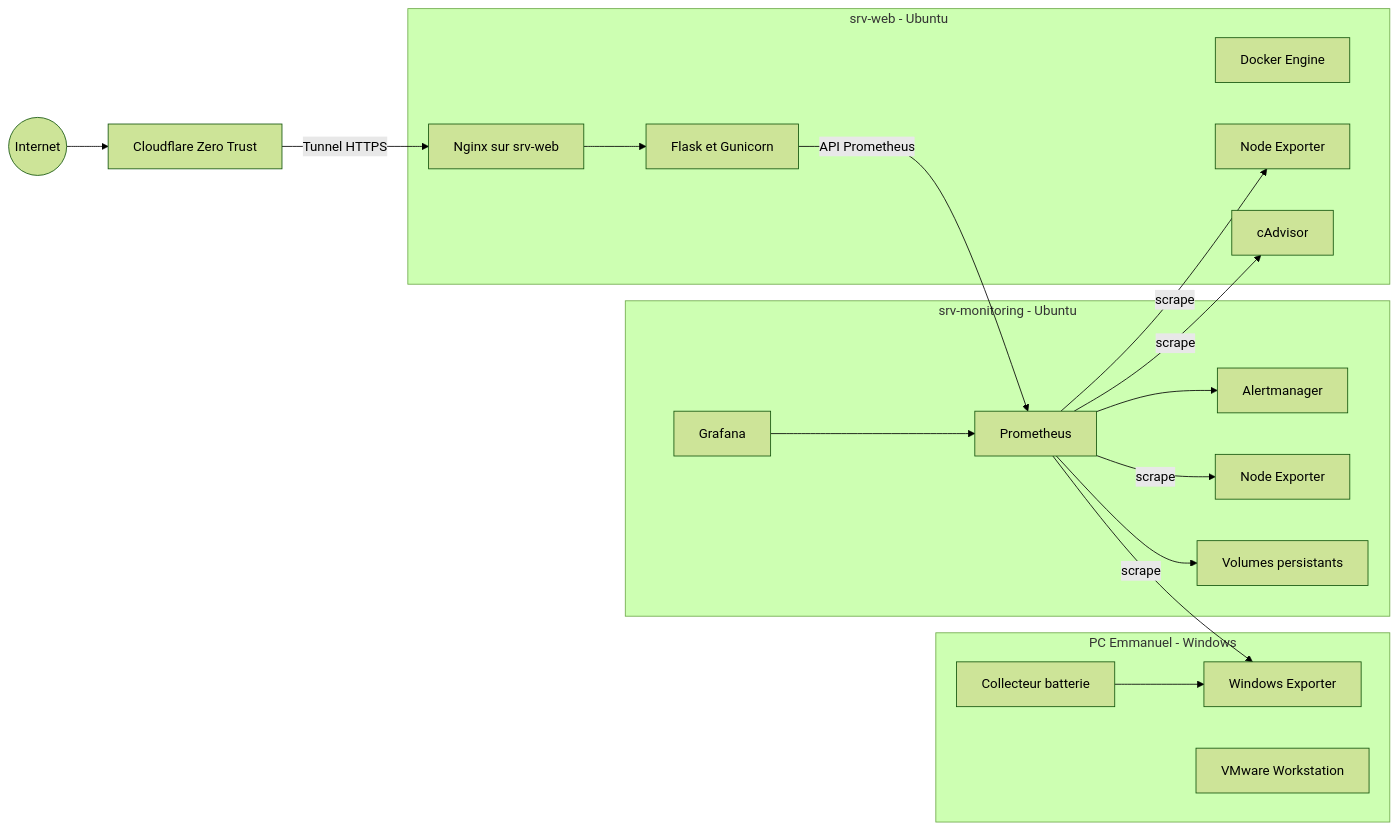
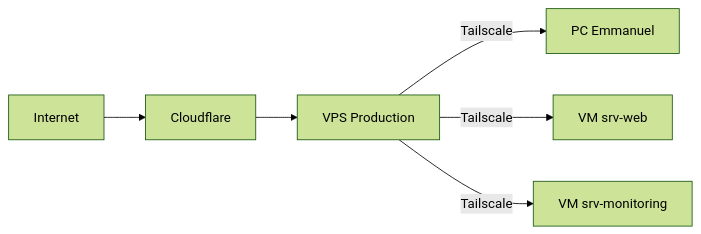
The diagram in README.md (Emmanuel110499/secure-local-cloud-infrastructure-v2), drawn with Mermaid (forest theme) before and after one commit. The commit also changed other lines of this file and 33 other files, not shown here.

First line of the commit message:
Publier l’architecture VPS et la supervision distribuée v1.1 (#5)

````diff
--- a/README.md
+++ b/README.md
@@ -18,38 +22,7 @@
 ```mermaid
 flowchart LR
-    Internet((Internet)) --> CF[Cloudflare Zero Trust]
-    CF -->|Tunnel HTTPS| N[Nginx sur srv-web]
-    N --> F[Flask et Gunicorn]
-
-    subgraph PC[PC Emmanuel - Windows]
-        WE[Windows Exporter]
-        BAT[Collecteur batterie]
-        VM[VMware Workstation]
-    end
-
-    subgraph WEB[srv-web - Ubuntu]
-        N
-        F
-        DE1[Docker Engine]
-        NE1[Node Exporter]
-        CA[cAdvisor]
-    end
-
-    subgraph MON[srv-monitoring - Ubuntu]
-        P[Prometheus]
-        G[Grafana]
-        A[Alertmanager]
-        NE2[Node Exporter]
-        V[Volumes persistants]
-    end
-
-    BAT --> WE
-    P -->|scrape| WE
-    P -->|scrape| NE1
-    P -->|scrape| CA
-    P -->|scrape| NE2
-    F -->|API Prometheus| P
-    G --> P
-    P --> A
-    P --> V
+    Internet --> Cloudflare --> VPS[VPS Production]
+    VPS -->|Tailscale| PC[PC Emmanuel]
+    VPS -->|Tailscale| WEB[VM srv-web]
+    VPS -->|Tailscale| MON[VM srv-monitoring]
 ```
````
